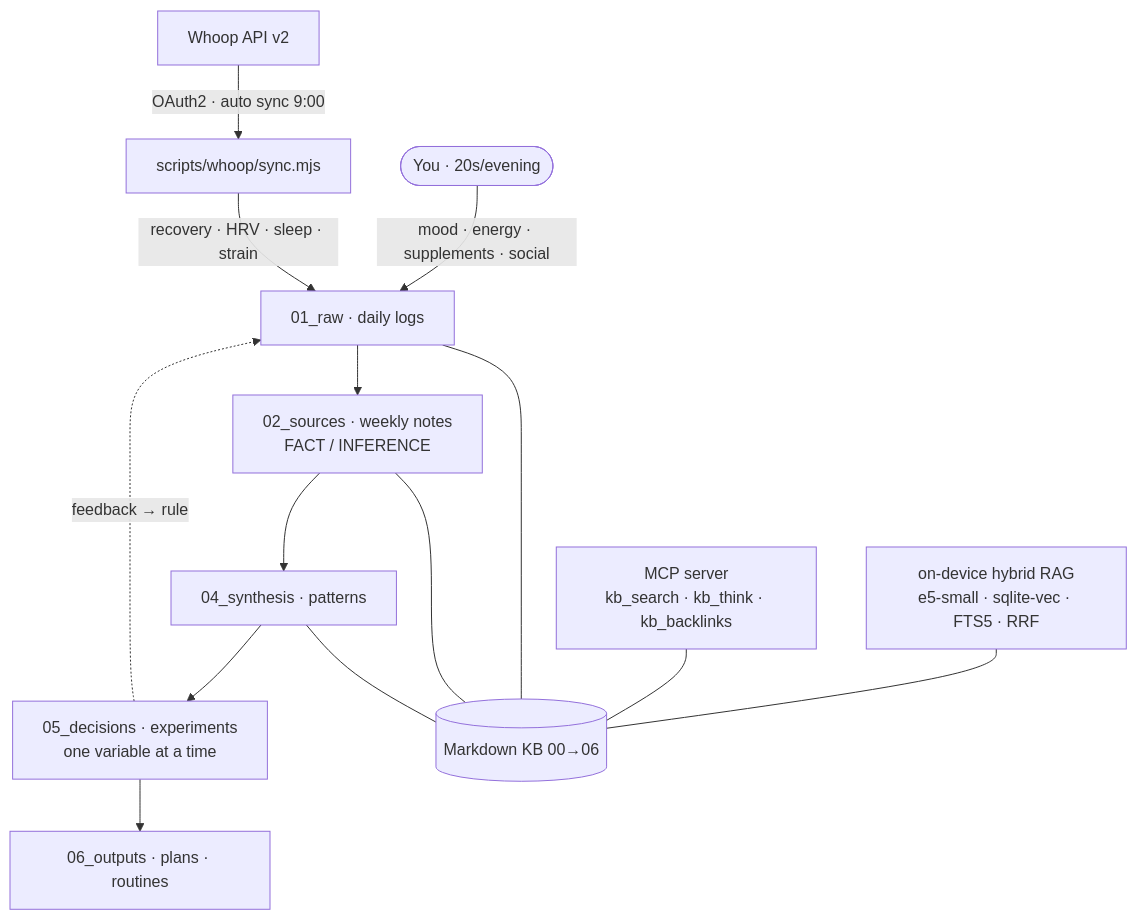
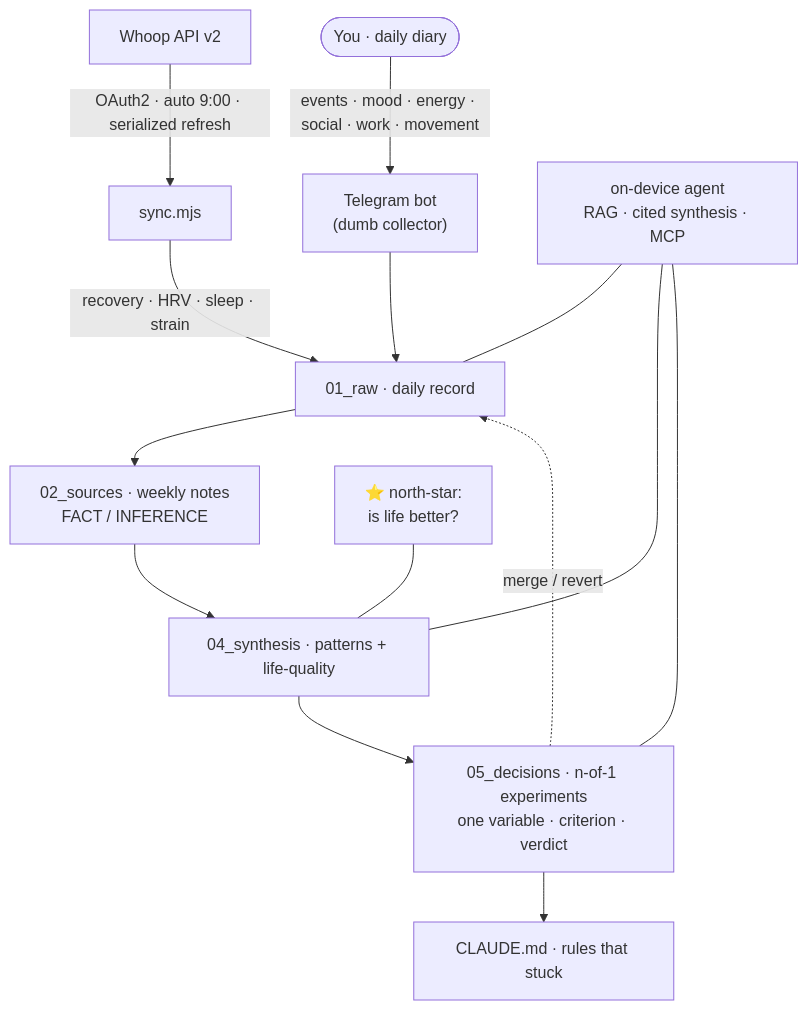
Before and after one commit to cryptoyoginya/harness-health-engineering: the diagram in README.md, drawn with Mermaid. The commit also changed other lines of this file and 3 other files, not shown here.

````diff
--- a/README.md
+++ b/README.md
@@ -34,17 +78,17 @@
 ```mermaid
 flowchart TD
-    W["Whoop API v2"] -->|"OAuth2 · auto sync 9:00"| SYNC["scripts/whoop/sync.mjs"]
-    H(["You · 20s/evening"]) -->|"mood · energy · supplements · social"| RAW
-    SYNC -->|"recovery · HRV · sleep · strain"| RAW["01_raw · daily logs"]
+    W["Whoop API v2"] -->|"OAuth2 · auto 9:00 · serialized refresh"| SYNC["sync.mjs"]
+    H(["You · daily diary"]) -->|"events · mood · energy · social · work · movement"| BOT["Telegram bot<br/>(dumb collector)"]
+    SYNC -->|"recovery · HRV · sleep · strain"| RAW["01_raw · daily record"]
+    BOT --> RAW
     RAW --> SRC["02_sources · weekly notes<br/>FACT / INFERENCE"]
-    SRC --> SYN["04_synthesis · patterns"]
-    SYN --> EXP["05_decisions · experiments<br/>one variable at a time"]
-    EXP --> OUT["06_outputs · plans · routines"]
-    EXP -.->|"feedback → rule"| RAW
+    SRC --> SYN["04_synthesis · patterns + life-quality"]
+    SYN --> EXP["05_decisions · n-of-1 experiments<br/>one variable · criterion · verdict"]
+    EXP --> RULE["CLAUDE.md · rules that stuck"]
+    EXP -.->|"merge / revert"| RAW
+    NS["⭐ north-star:<br/>is life better?"] --- SYN
 
-    RAG["on-device hybrid RAG<br/>e5-small · sqlite-vec · FTS5 · RRF"] --- KB[("Markdown KB 00→06")]
-    MCP["MCP server<br/>kb_search · kb_think · kb_backlinks"] --- KB
-    RAW --- KB
-    SRC --- KB
-    SYN --- KB
+    AGENT["on-device agent<br/>RAG · cited synthesis · MCP"] --- RAW
+    AGENT --- SYN
+    AGENT --- EXP
 ```
````
